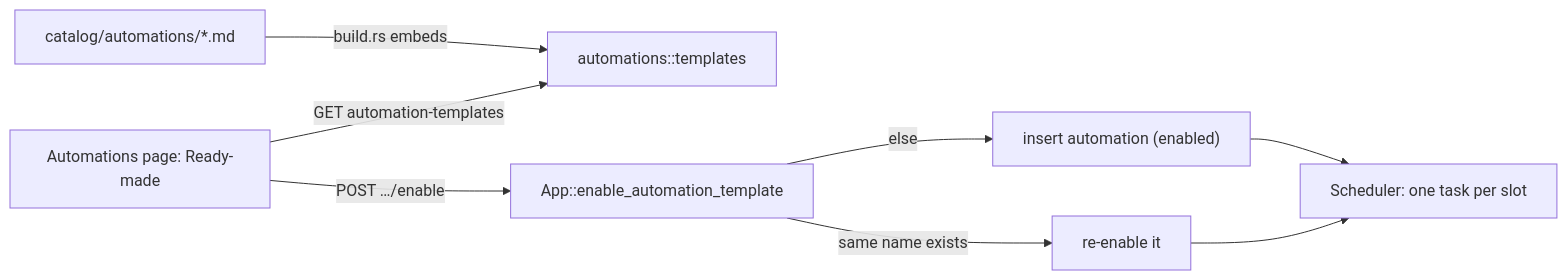
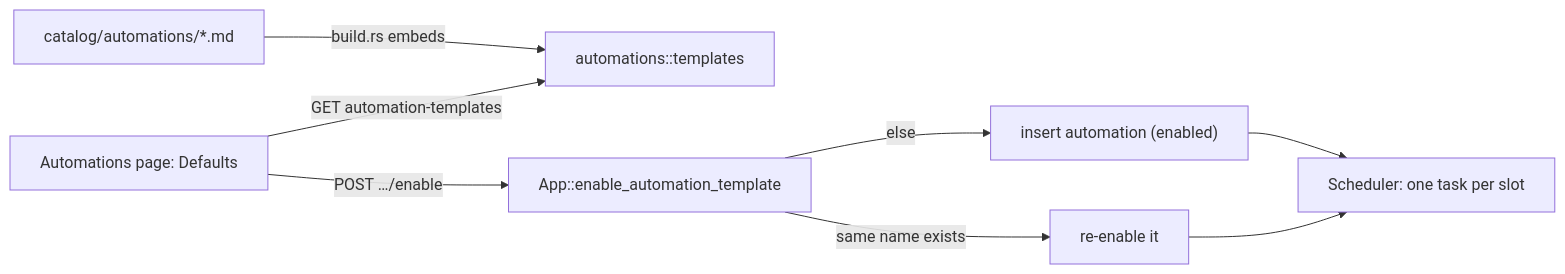
Before and after one commit to Quartio-Studio/yulius: diagram 27 of 41 in docs/architecture.md, drawn with Mermaid. The commit also changed other lines of this file and 16 other files, not shown here.

First line of the commit message:
feat(web): those 2 automations should be defaults, like default workflows (#603)

````diff
--- a/docs/architecture.md
+++ b/docs/architecture.md
@@ -943,10 +946,10 @@
 ```mermaid
 flowchart LR
   CAT["catalog/automations/*.md"] -->|"build.rs embeds"| TPL["automations::templates"]
-  UI["Automations page: Ready-made"] -->|"GET automation-templates"| TPL
+  UI["Automations page: Defaults"] -->|"GET automation-templates"| TPL
   UI -->|"POST …/enable"| EN["App::enable_automation_template"]
   EN -->|"same name exists"| UPD["re-enable it"]
   EN -->|"else"| INS["insert automation (enabled)"]
   INS --> SCH["Scheduler: one task per slot"]
   UPD --> SCH
 ```
````
